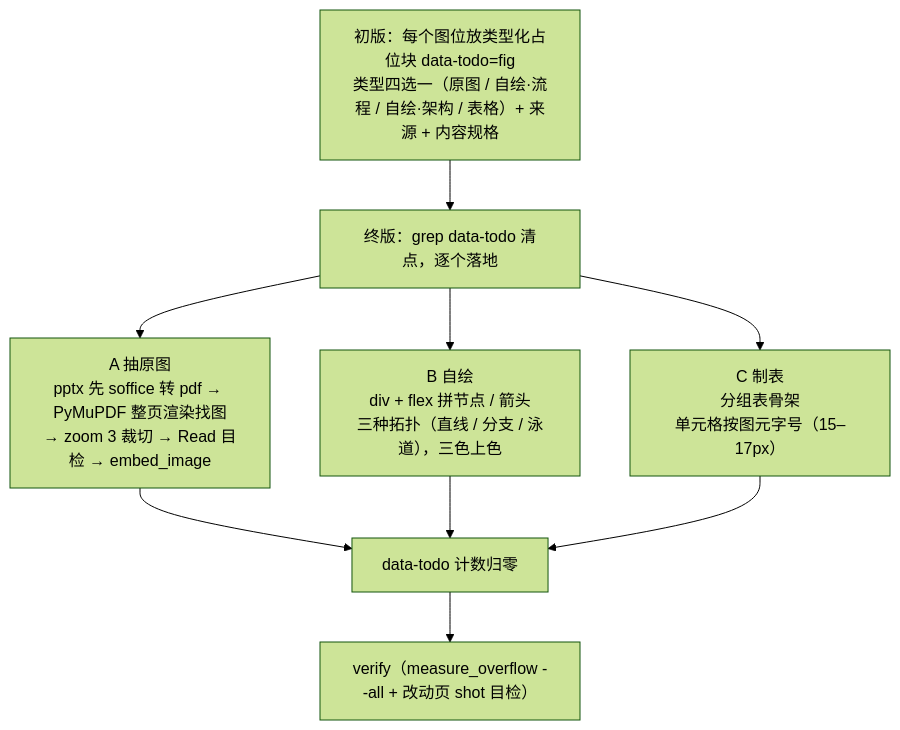
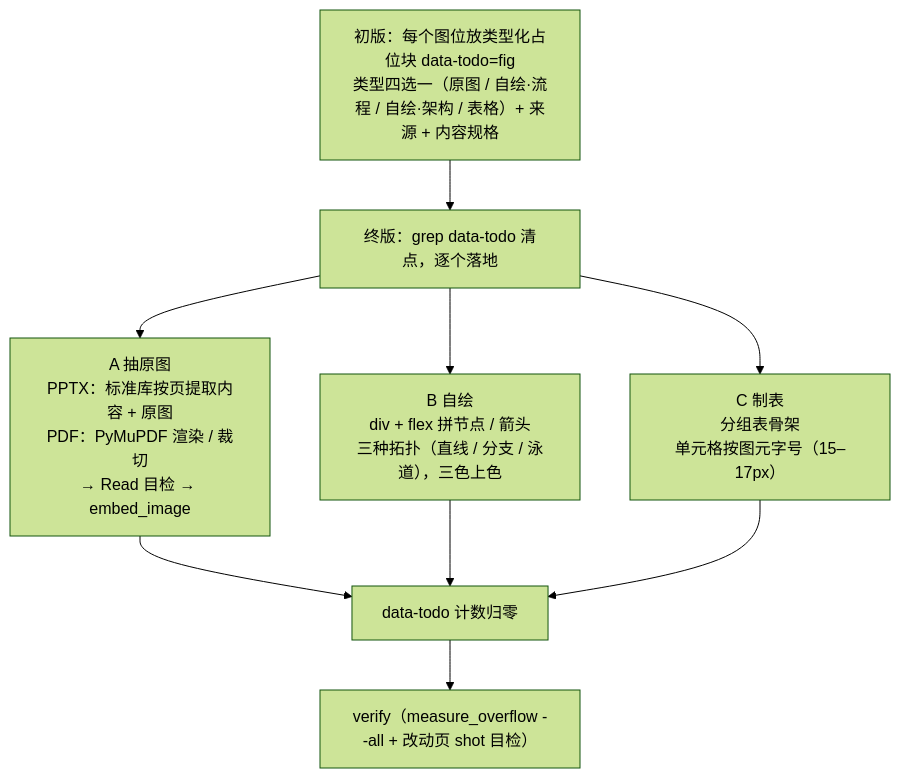
Before and after one commit to StyleAIPro/Nice-Deck: the third of 8 diagrams in docs/architecture.md, drawn with Mermaid (forest theme). The commit also changed other lines of this file and 57 other files, not shown here.

````diff
--- a/docs/architecture.md
+++ b/docs/architecture.md
@@ -116,12 +116,12 @@
 ```mermaid
 flowchart TD
     P["初版：每个图位放类型化占位块 data-todo=fig<br/>类型四选一（原图 / 自绘·流程 / 自绘·架构 / 表格）+ 来源 + 内容规格"]
     P --> G["终版：grep data-todo 清点，逐个落地"]
-    G --> A["A 抽原图<br/>pptx 先 soffice 转 pdf → PyMuPDF 整页渲染找图<br/>→ zoom 3 裁切 → Read 目检 → embed_image"]
+    G --> A["A 抽原图<br/>PPTX：标准库按页提取内容 + 原图<br/>PDF：PyMuPDF 渲染 / 裁切<br/>→ Read 目检 → embed_image"]
     G --> B["B 自绘<br/>div + flex 拼节点 / 箭头<br/>三种拓扑（直线 / 分支 / 泳道），三色上色"]
     G --> C["C 制表<br/>分组表骨架<br/>单元格按图元字号（15–17px）"]
     A --> Z["data-todo 计数归零"]
     B --> Z
     C --> Z
     Z --> V["verify（measure_overflow --all + 改动页 shot 目检）"]
 ```
````
